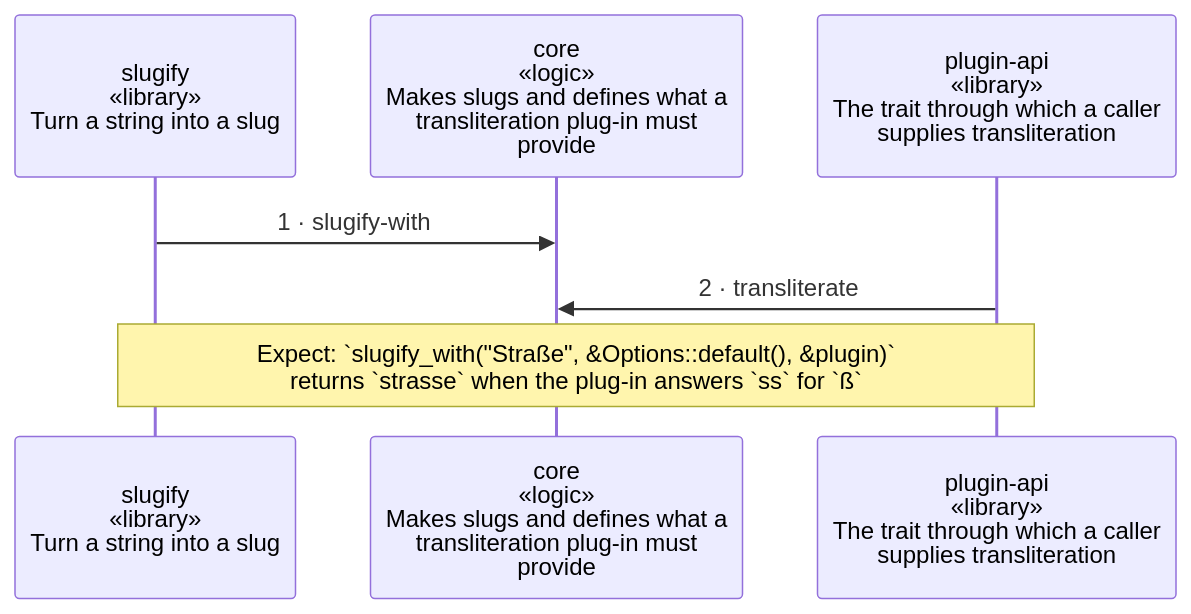
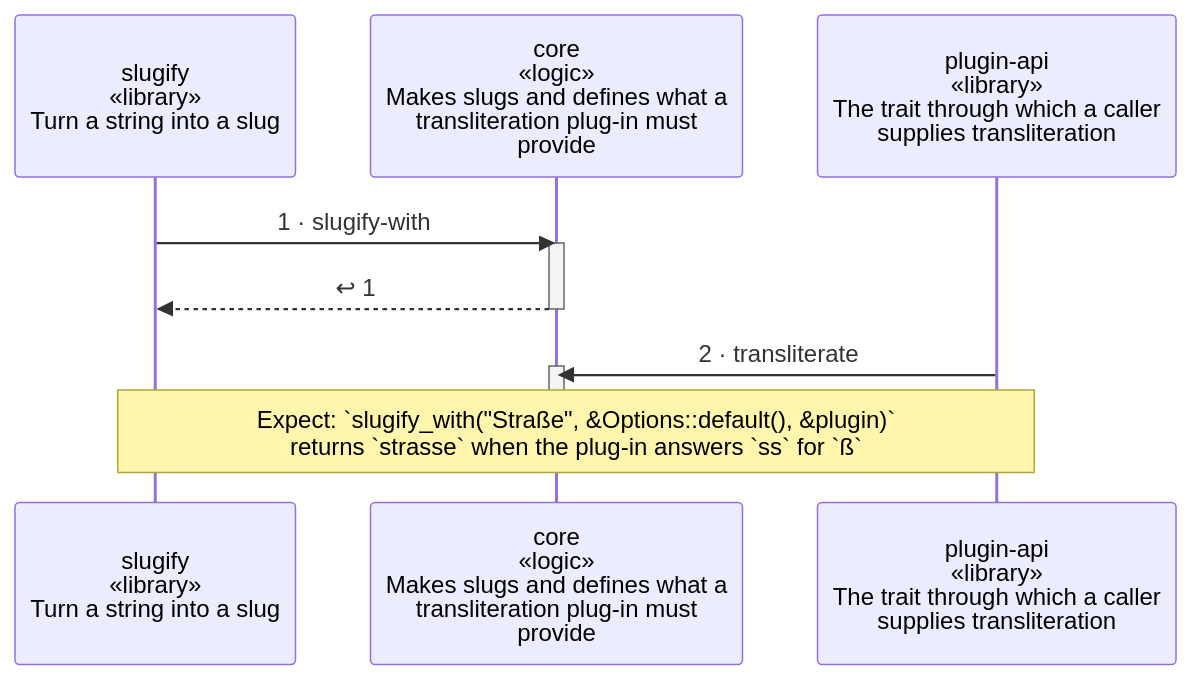
The diagram in examples/slugline/docs/diagrams/scenario-library-call.md (wackazong/unifold), drawn with Mermaid before and after one commit. The commit also changed other lines of this file and 25 other files, not shown here.

````diff
--- a/examples/slugline/docs/diagrams/scenario-library-call.md
+++ b/examples/slugline/docs/diagrams/scenario-library-call.md
@@ -12,14 +12,19 @@
 ```mermaid
 ---
 config:
   sequence:
     height: 108
 ---
 sequenceDiagram
   participant pslugify as slugify<br/>«library»<br/>Turn a string into a slug
   participant pcore as core<br/>«logic»<br/>Makes slugs and defines what a<br/>transliteration plug-in must<br/>provide
   participant pplugin_dapi as plugin-api<br/>«library»<br/>The trait through which a caller<br/>supplies transliteration
   pslugify->>pcore: 1 · slugify-with
+  activate pcore
+  pcore-->>pslugify: ↩ 1
+  deactivate pcore
   pplugin_dapi->>pcore: 2 · transliterate
+  activate pcore
+  deactivate pcore
   Note over pslugify,pplugin_dapi: wrap: Expect: `slugify_with(#quot;Straße#quot;, &Options::default(), &plugin)` returns `strasse` when the plug-in answers `ss` for `ß`
 ```
````
